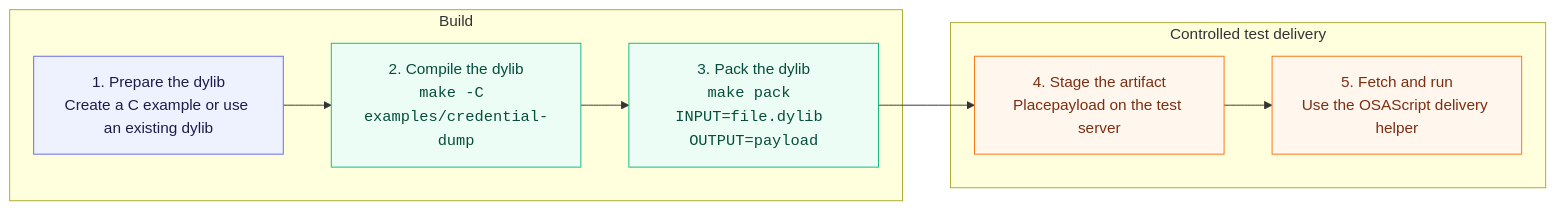
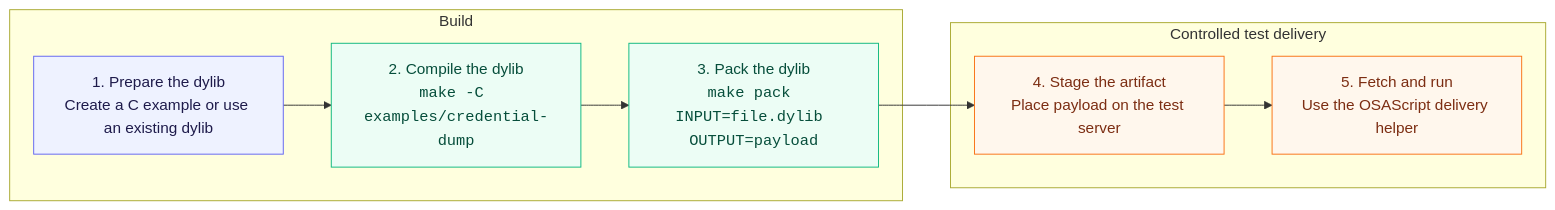
The diagram in README.md (litemars/Machless), drawn with Mermaid before and after one commit.

Commit message:
Fix typo in README.md

````diff
--- a/README.md
+++ b/README.md
@@ -15,27 +15,27 @@
 ```mermaid
 flowchart LR
     subgraph BUILD["Build"]
         A["1. Prepare the dylib<br/>Create a C example or use an existing dylib"]
         B["2. Compile the dylib<br/><code>make -C examples/credential-dump</code>"]
         C["3. Pack the dylib<br/><code>make pack INPUT=file.dylib OUTPUT=payload</code>"]
 
         A --> B --> C
     end
 
     subgraph DELIVERY["Controlled test delivery"]
-        D["4. Stage the artifact<br/>Placepayload on the test server"]
+        D["4. Stage the artifact<br/>Place payload on the test server"]
         E["5. Fetch and run<br/>Use the OSAScript delivery helper"]
 
         D --> E
     end
 
     C --> D
 
     classDef source fill:#eef2ff,stroke:#6366f1,color:#1e1b4b
     classDef build fill:#ecfdf5,stroke:#10b981,color:#064e3b
     classDef delivery fill:#fff7ed,stroke:#f97316,color:#7c2d12
 
     class A source
     class B,C build
     class D,E delivery
 ```
````
